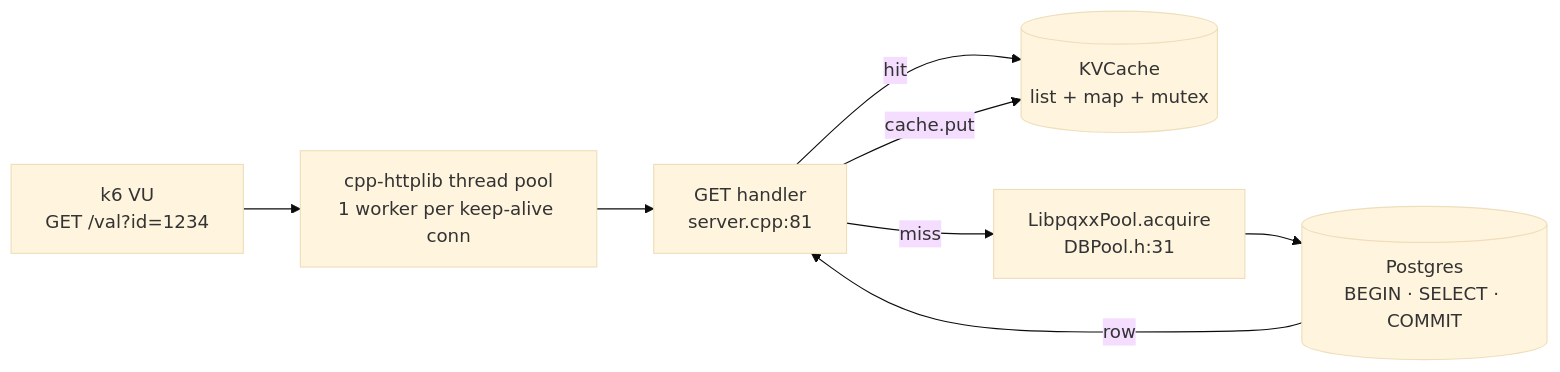
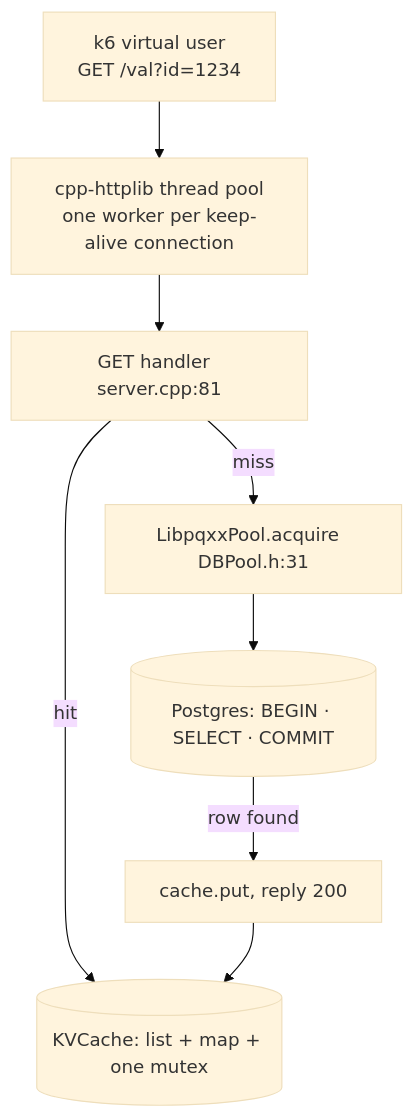
One commit to jayavardhan-g/projects-vault changed the first of 7 diagrams in Interview prep/Days/Day 13 - DECS and Micro Exchange.md. Above: the diagram before and after it, drawn with Mermaid (base theme). The commit also changed other lines of this file and 12 other files, not shown here.

First line of the commit message:
projects: Days 2-14 "Code, explained": full-width top-to-bottom diagrams, a figure per section, and a step-by-step flow per day

````diff
--- a/Interview prep/Days/Day 13 - DECS and Micro Exchange.md
+++ b/Interview prep/Days/Day 13 - DECS and Micro Exchange.md
@@ -126,10 +126,10 @@
 ```mermaid
-flowchart LR
-  K6["k6 VU<br/>GET /val?id=1234"] --> TP["cpp-httplib thread pool<br/>1 worker per keep-alive conn"]
-  TP --> H["GET handler<br/>server.cpp:81"]
-  H -->|"hit"| C[("KVCache<br/>list + map + mutex")]
-  H -->|"miss"| P["LibpqxxPool.acquire<br/>DBPool.h:31"]
-  P --> PG[("Postgres<br/>BEGIN · SELECT · COMMIT")]
-  PG -->|"row"| H
-  H -->|"cache.put"| C
+flowchart TB
+  K6["k6 virtual user<br/>GET /val?id=1234"] --> TP["cpp-httplib thread pool<br/>one worker per keep-alive connection"]
+  TP --> H["GET handler  server.cpp:81"]
+  H -->|"hit"| C[("KVCache: list + map + one mutex")]
+  H -->|"miss"| P["LibpqxxPool.acquire  DBPool.h:31"]
+  P --> PG[("Postgres: BEGIN · SELECT · COMMIT")]
+  PG -->|"row found"| PUT["cache.put, reply 200"]
+  PUT --> C
 ```
````
